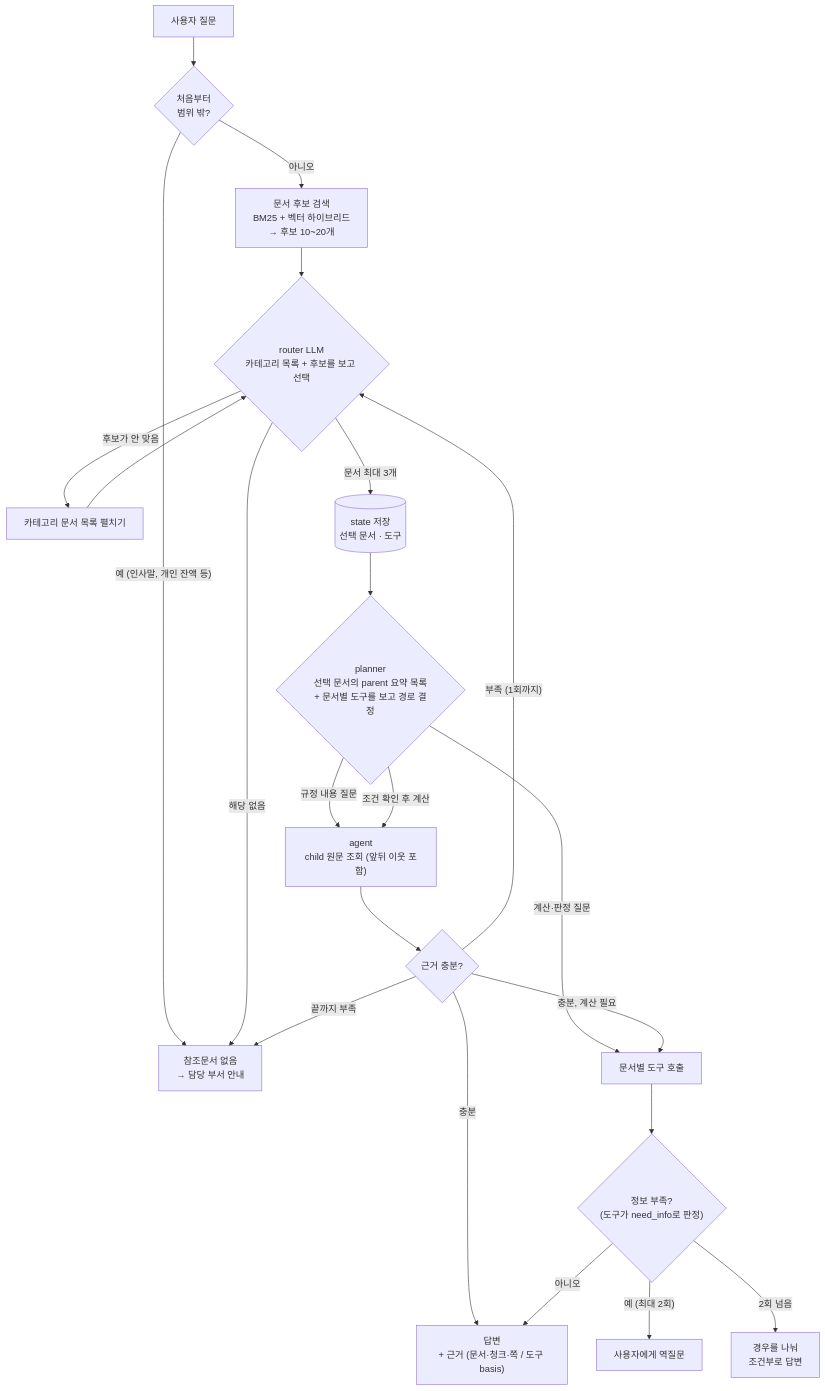
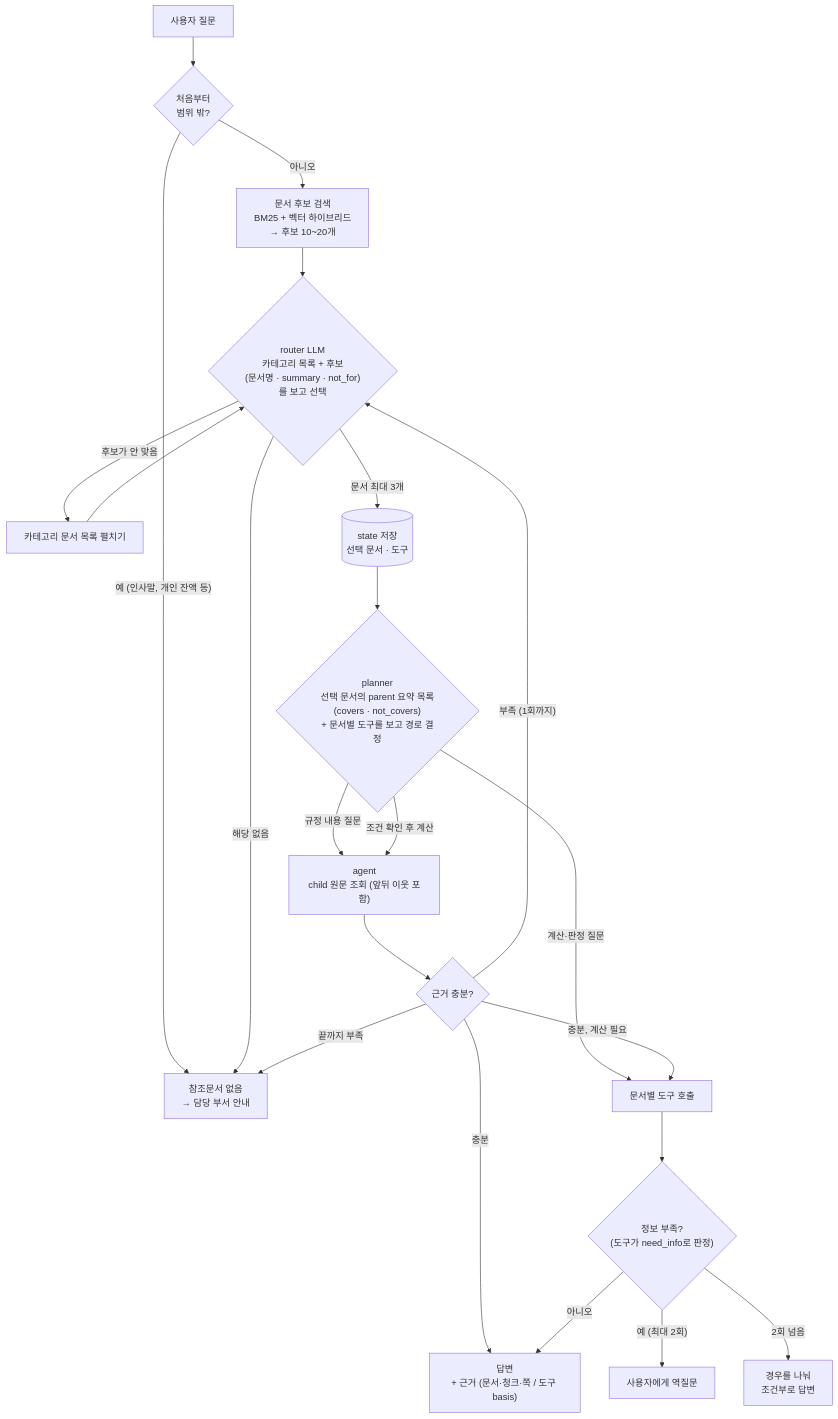
Before and after one commit to bbangwon/kicox_poc: the fourth of 6 diagrams in docs/RAG_FLOW_OVERVIEW.md, drawn with Mermaid. The commit also changed other lines of this file and 1 other file, not shown here.

Commit message:
RAG 설계에 router·planner 후보 표시 형식 추가
- router에는 후보마다 문서명·summary·not_for, planner에는 parent의 covers·not_covers를 보여 줌 (§4.1)
- not_for·not_covers는 이웃 문서 단어로 오검색되지 않도록 검색 대상에서 제외 (§4.2)
- 흐름도 문서에 표시 필드와 not_for·not_covers 설명 반영

````diff
--- a/docs/RAG_FLOW_OVERVIEW.md
+++ b/docs/RAG_FLOW_OVERVIEW.md
@@ -106,28 +107,28 @@
 ```mermaid
 flowchart TD
     Q["사용자 질문"] --> OOS{"처음부터<br/>범위 밖?"}
     OOS -- "예 (인사말, 개인 잔액 등)" --> NONE["참조문서 없음<br/>→ 담당 부서 안내"]
     OOS -- 아니오 --> S["문서 후보 검색<br/>BM25 + 벡터 하이브리드<br/>→ 후보 10~20개"]
 
-    S --> SEL{"router LLM<br/>카테고리 목록 + 후보를 보고 선택"}
+    S --> SEL{"router LLM<br/>카테고리 목록 + 후보<br/>(문서명 · summary · not_for)를 보고 선택"}
     SEL -- "후보가 안 맞음" --> CAT["카테고리 문서 목록 펼치기"]
     CAT --> SEL
     SEL -- "해당 없음" --> NONE
     SEL -- "문서 최대 3개" --> ST[("state 저장<br/>선택 문서 · 도구")]
 
-    ST --> PL{"planner<br/>선택 문서의 parent 요약 목록<br/>+ 문서별 도구를 보고 경로 결정"}
+    ST --> PL{"planner<br/>선택 문서의 parent 요약 목록<br/>(covers · not_covers)<br/>+ 문서별 도구를 보고 경로 결정"}
     PL -- "계산·판정 질문" --> CALL["문서별 도구 호출"]
     PL -- "규정 내용 질문" --> AG["agent<br/>child 원문 조회 (앞뒤 이웃 포함)"]
     PL -- "조건 확인 후 계산" --> AG
 
     AG --> EV{"근거 충분?"}
     EV -- "부족 (1회까지)" --> SEL
     EV -- "끝까지 부족" --> NONE
     EV -- "충분, 계산 필요" --> CALL
     EV -- "충분" --> ANS["답변<br/>+ 근거 (문서·청크·쪽 / 도구 basis)"]
 
     CALL --> NEED{"정보 부족?<br/>(도구가 need_info로 판정)"}
     NEED -- 아니오 --> ANS
     NEED -- "예 (최대 2회)" --> ASK["사용자에게 역질문"]
     NEED -- "2회 넘음" --> COND["경우를 나눠<br/>조건부로 답변"]
 ```
````
